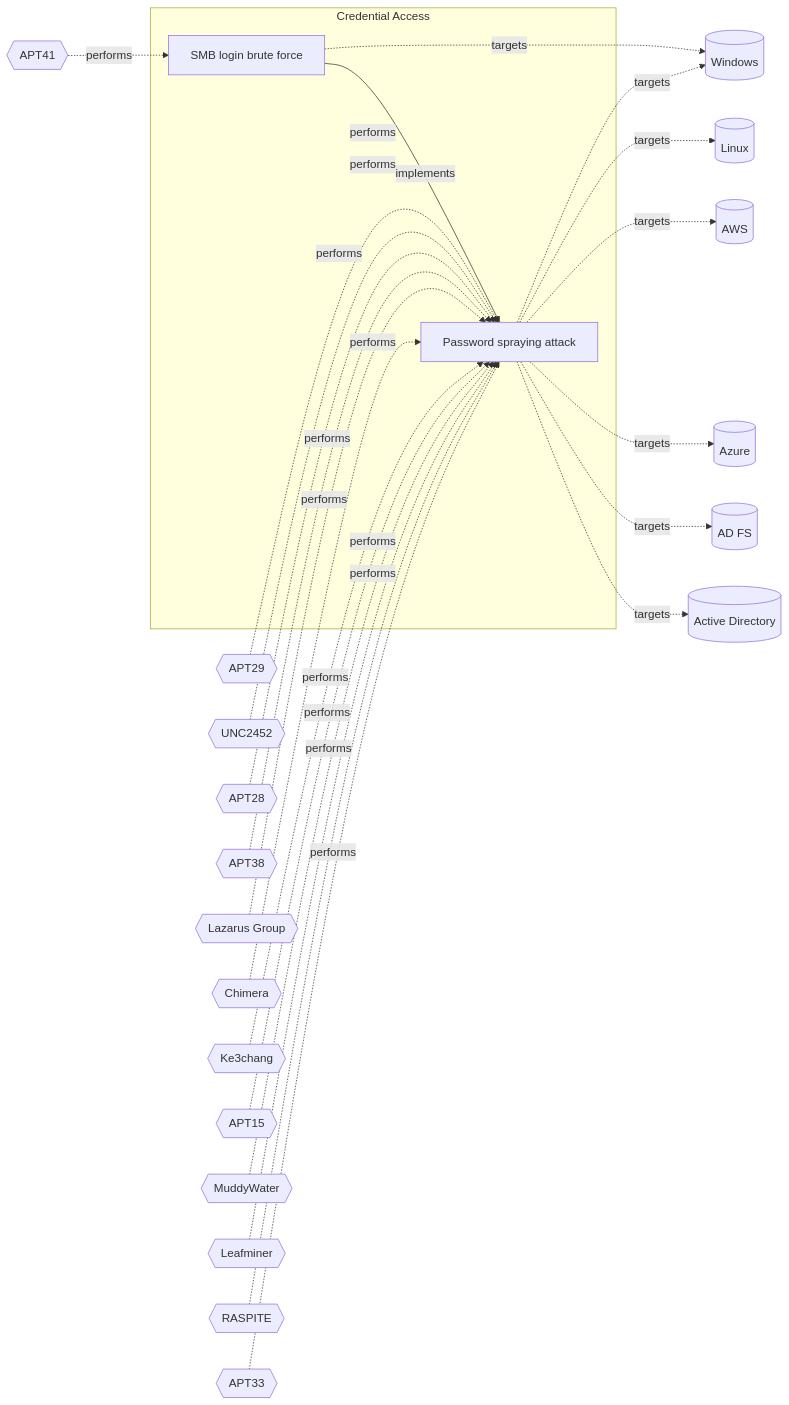
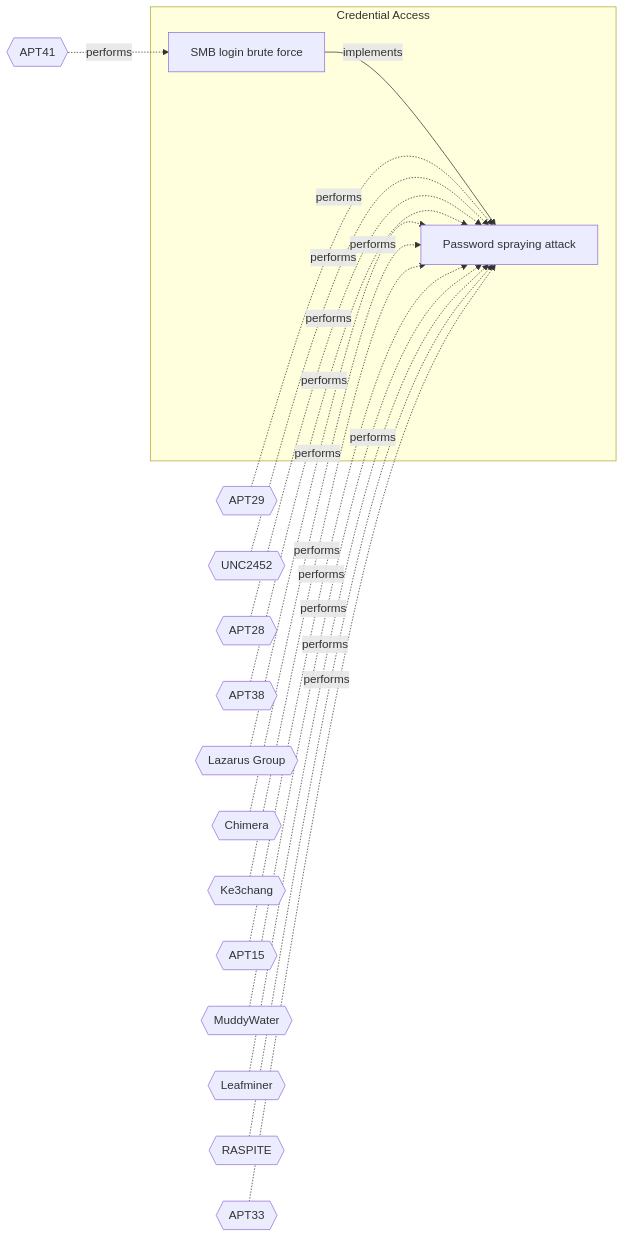
Before and after one commit to OpenTideHQ/WikiTide: the diagram in Models/Threat Vectors/☣️ Password spraying attack.md, drawn with Mermaid. The commit also changed other lines of this file and 232 other files, not shown here.

````diff
--- a/Models/Threat Vectors/☣️ Password spraying attack.md
+++ b/Models/Threat Vectors/☣️ Password spraying attack.md
@@ -114,56 +114,43 @@
 ```mermaid
 
 flowchart LR
 
 fa4c66c6-a69b-4e16-84cb-7ad8c772af41[SMB login brute force]
 cc546bbc-f71c-4538-934c-415d6adc293b[Password spraying attack]
 
 subgraph Credential Access
 fa4c66c6-a69b-4e16-84cb-7ad8c772af41
 cc546bbc-f71c-4538-934c-415d6adc293b
 end
 
-Windows[(Windows)]
-Linux[(Linux)]
-AWS[(AWS)]
-Azure[(Azure)]
-ADFS[(AD FS)]
-ActiveDirectory[(Active Directory)]
 APT41{{APT41}}
 APT29{{APT29}}
 UNC2452{{UNC2452}}
 APT28{{APT28}}
 APT38{{APT38}}
 LazarusGroup{{Lazarus Group}}
 Chimera{{Chimera}}
 Ke3chang{{Ke3chang}}
 APT15{{APT15}}
 MuddyWater{{MuddyWater}}
 Leafminer{{Leafminer}}
 RASPITE{{RASPITE}}
 APT33{{APT33}}
 
-fa4c66c6-a69b-4e16-84cb-7ad8c772af41 -.->|targets| Windows
-cc546bbc-f71c-4538-934c-415d6adc293b -.->|targets| Windows
-cc546bbc-f71c-4538-934c-415d6adc293b -.->|targets| Linux
-cc546bbc-f71c-4538-934c-415d6adc293b -.->|targets| AWS
-cc546bbc-f71c-4538-934c-415d6adc293b -.->|targets| Azure
-cc546bbc-f71c-4538-934c-415d6adc293b -.->|targets| ADFS
-cc546bbc-f71c-4538-934c-415d6adc293b -.->|targets| ActiveDirectory
 APT41 -.-> |performs| fa4c66c6-a69b-4e16-84cb-7ad8c772af41
 APT29 -.-> |performs| cc546bbc-f71c-4538-934c-415d6adc293b
 UNC2452 -.-> |performs| cc546bbc-f71c-4538-934c-415d6adc293b
 APT28 -.-> |performs| cc546bbc-f71c-4538-934c-415d6adc293b
 APT38 -.-> |performs| cc546bbc-f71c-4538-934c-415d6adc293b
 LazarusGroup -.-> |performs| cc546bbc-f71c-4538-934c-415d6adc293b
 Chimera -.-> |performs| cc546bbc-f71c-4538-934c-415d6adc293b
 Ke3chang -.-> |performs| cc546bbc-f71c-4538-934c-415d6adc293b
 APT15 -.-> |performs| cc546bbc-f71c-4538-934c-415d6adc293b
 MuddyWater -.-> |performs| cc546bbc-f71c-4538-934c-415d6adc293b
 Leafminer -.-> |performs| cc546bbc-f71c-4538-934c-415d6adc293b
 RASPITE -.-> |performs| cc546bbc-f71c-4538-934c-415d6adc293b
 APT33 -.-> |performs| cc546bbc-f71c-4538-934c-415d6adc293b
 
 fa4c66c6-a69b-4e16-84cb-7ad8c772af41 -->|implements| cc546bbc-f71c-4538-934c-415d6adc293b
 
 ```
````
